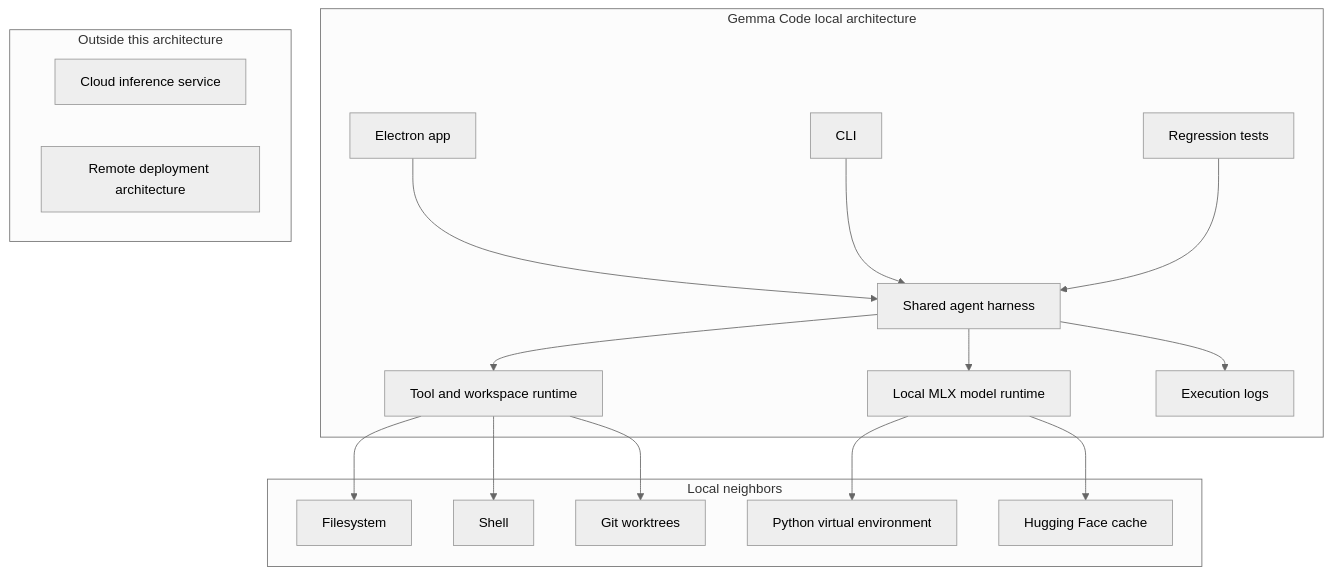
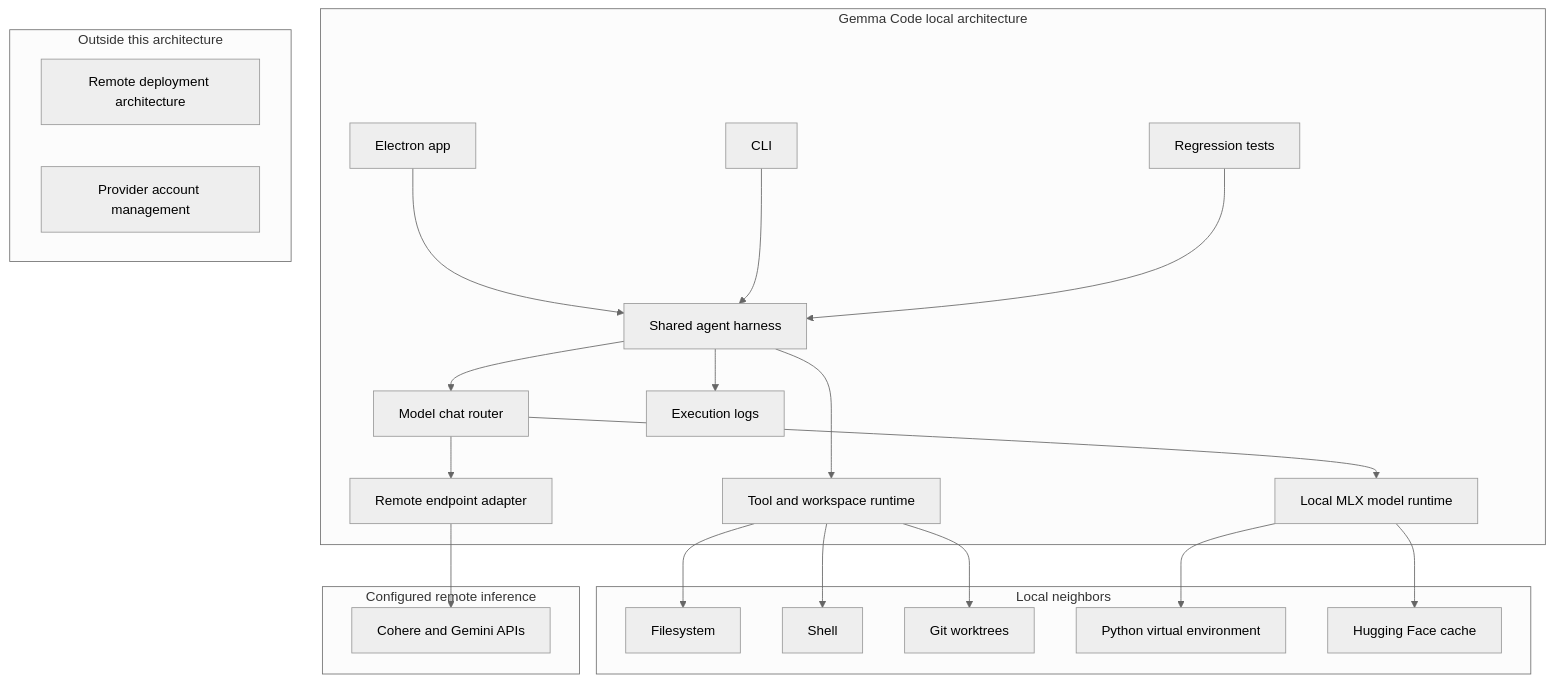
One commit to martinbechard/gemma_code changed the first of 9 diagrams in docs/wiki/technical/architecture.md. Above: the diagram before and after it, drawn with Mermaid (neutral theme). The commit also changed other lines of this file and 33 other files, not shown here.

Commit message:
feat: support configured remote models

````diff
--- a/docs/wiki/technical/architecture.md
+++ b/docs/wiki/technical/architecture.md
@@ -68,37 +68,46 @@
 ```mermaid
 flowchart TB
   subgraph LocalArchitecture["Gemma Code local architecture"]
     ElectronApp["Electron app"]
     CliSurface["CLI"]
     AgentHarness["Shared agent harness"]
+    ModelRouter["Model chat router"]
     LocalModelRuntime["Local MLX model runtime"]
+    RemoteEndpointAdapter["Remote endpoint adapter"]
     ToolWorkspaceRuntime["Tool and workspace runtime"]
     ExecutionLogs["Execution logs"]
     Tests["Regression tests"]
   end
 
   subgraph LocalNeighbors["Local neighbors"]
     FileSystem["Filesystem"]
     Shell["Shell"]
     GitWorktrees["Git worktrees"]
     PythonVenv["Python virtual environment"]
     HuggingFaceCache["Hugging Face cache"]
   end
 
+  subgraph ConfiguredRemote["Configured remote inference"]
+    ProviderApis["Cohere and Gemini APIs"]
+  end
+
   subgraph OutOfScope["Outside this architecture"]
-    CloudInference["Cloud inference service"]
     RemoteDeployment["Remote deployment architecture"]
+    ProviderAccounts["Provider account management"]
   end
 
   ElectronApp --> AgentHarness
   CliSurface --> AgentHarness
-  AgentHarness --> LocalModelRuntime
+  AgentHarness --> ModelRouter
+  ModelRouter --> LocalModelRuntime
+  ModelRouter --> RemoteEndpointAdapter
   AgentHarness --> ToolWorkspaceRuntime
   ToolWorkspaceRuntime --> FileSystem
   ToolWorkspaceRuntime --> Shell
   ToolWorkspaceRuntime --> GitWorktrees
   LocalModelRuntime --> PythonVenv
   LocalModelRuntime --> HuggingFaceCache
+  RemoteEndpointAdapter --> ProviderApis
   AgentHarness --> ExecutionLogs
   Tests --> AgentHarness
 ```
````
